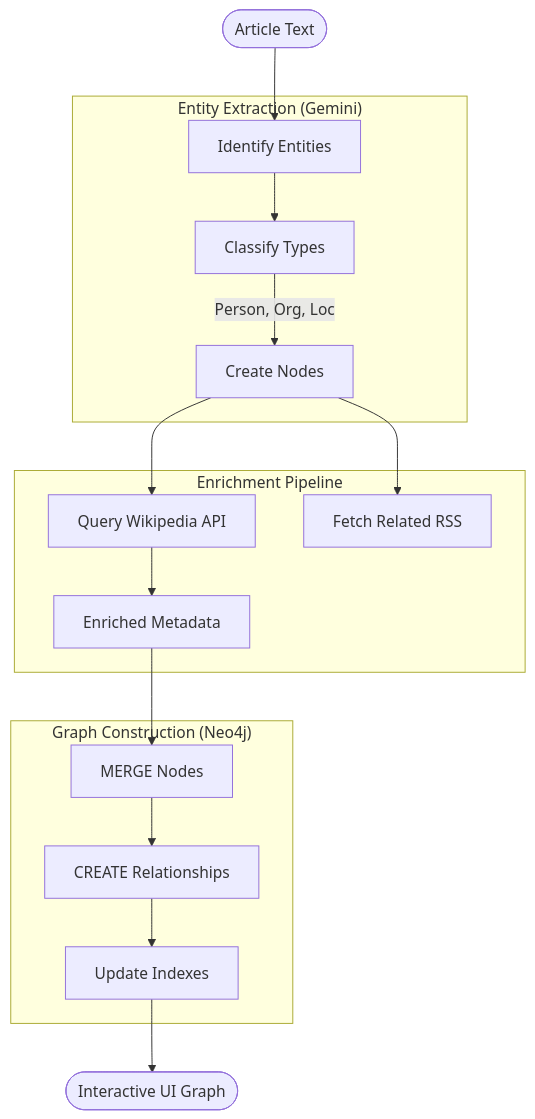
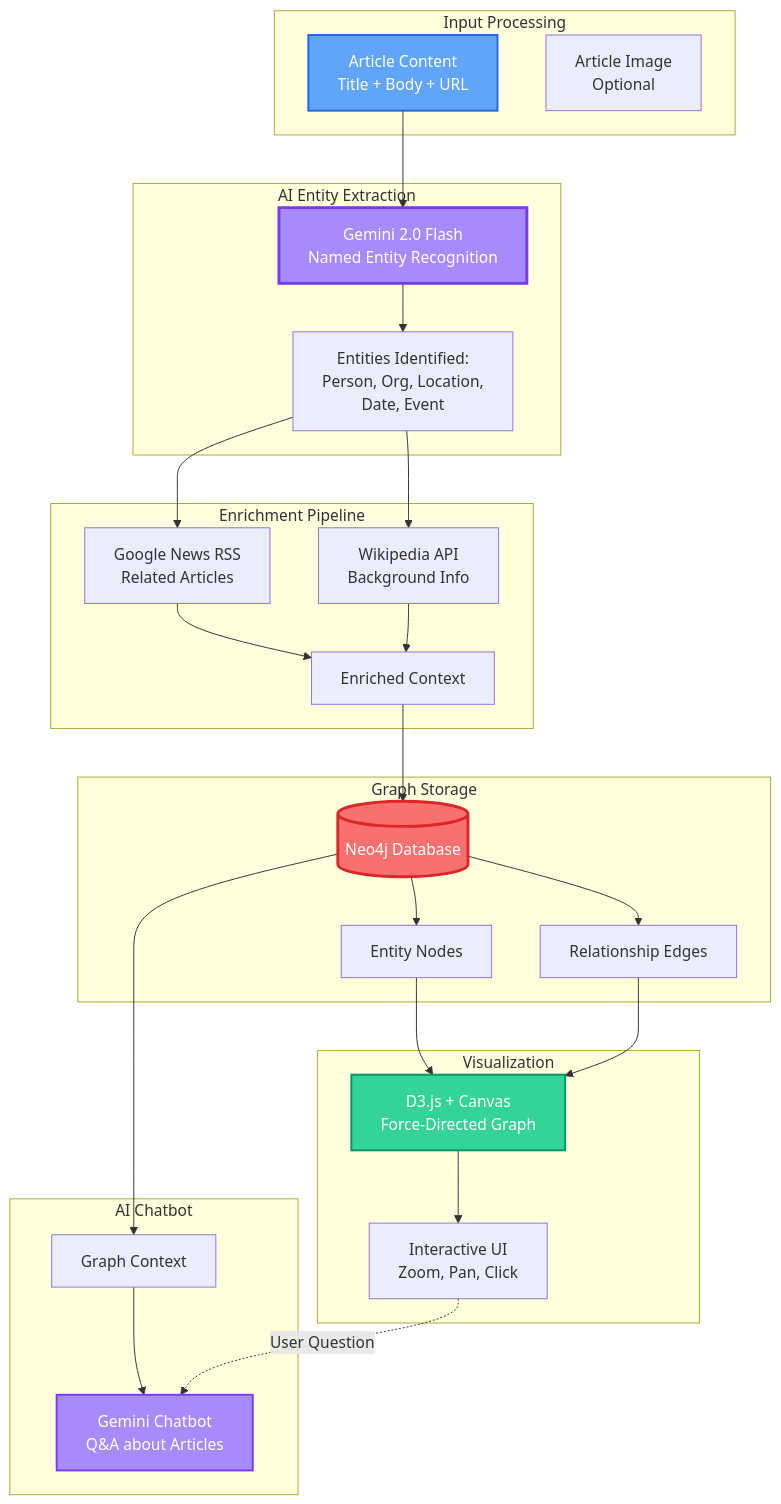
One commit to aksharabhaskar/NewsApp changed the third of 4 diagrams in README.md. Above: the diagram before and after it, drawn with Mermaid. The commit also changed other lines of this file, not shown here.

Commit message:
Enhance README with elaborate, color-coded diagrams

````diff
--- a/README.md
+++ b/README.md
@@ -105,23 +135,43 @@
 ```mermaid
-graph TD
-    Input([Article Text]) --> Extraction
+graph TB
+    subgraph "Input Processing"
+        Article[Article Content<br/>Title + Body + URL]
+        Image[Article Image<br/>Optional]
+    end
     
-    subgraph "Entity Extraction (Gemini)"
-        Extraction[Identify Entities] --> Classify[Classify Types]
-        Classify -->|Person, Org, Loc| Nodes[Create Nodes]
+    subgraph "AI Entity Extraction"
+        Article --> Gemini[Gemini 2.0 Flash<br/>Named Entity Recognition]
+        Gemini --> Entities[Entities Identified:<br/>Person, Org, Location,<br/>Date, Event]
     end
     
     subgraph "Enrichment Pipeline"
-        Nodes --> Wiki[Query Wikipedia API]
-        Nodes --> RSS[Fetch Related RSS]
-        Wiki --> EnrichedNodes[Enriched Metadata]
+        Entities --> RSS[Google News RSS<br/>Related Articles]
+        Entities --> Wiki[Wikipedia API<br/>Background Info]
+        RSS --> Enrich[Enriched Context]
+        Wiki --> Enrich
     end
     
-    subgraph "Graph Construction (Neo4j)"
-        EnrichedNodes --> MergeNodes[MERGE Nodes]
-        MergeNodes --> CreateRel[CREATE Relationships]
-        CreateRel --> Index[Update Indexes]
+    subgraph "Graph Storage"
+        Enrich --> Neo4j[(Neo4j Database)]
+        Neo4j --> Nodes[Entity Nodes]
+        Neo4j --> Edges[Relationship Edges]
     end
     
-    Index --> Visualization([Interactive UI Graph])
+    subgraph "Visualization"
+        Nodes --> D3[D3.js + Canvas<br/>Force-Directed Graph]
+        Edges --> D3
+        D3 --> UI[Interactive UI<br/>Zoom, Pan, Click]
+    end
+    
+    subgraph "AI Chatbot"
+        Neo4j --> Context[Graph Context]
+        Context --> Chatbot[Gemini Chatbot<br/>Q&A about Articles]
+        UI -.->|User Question| Chatbot
+    end
+    
+    style Article fill:#60a5fa,stroke:#2563eb,stroke-width:2px,color:#fff
+    style Gemini fill:#a78bfa,stroke:#7c3aed,stroke-width:3px,color:#fff
+    style Neo4j fill:#f87171,stroke:#dc2626,stroke-width:3px,color:#fff
+    style D3 fill:#34d399,stroke:#059669,stroke-width:2px,color:#fff
+    style Chatbot fill:#a78bfa,stroke:#7c3aed,stroke-width:2px,color:#fff
 ```
````
